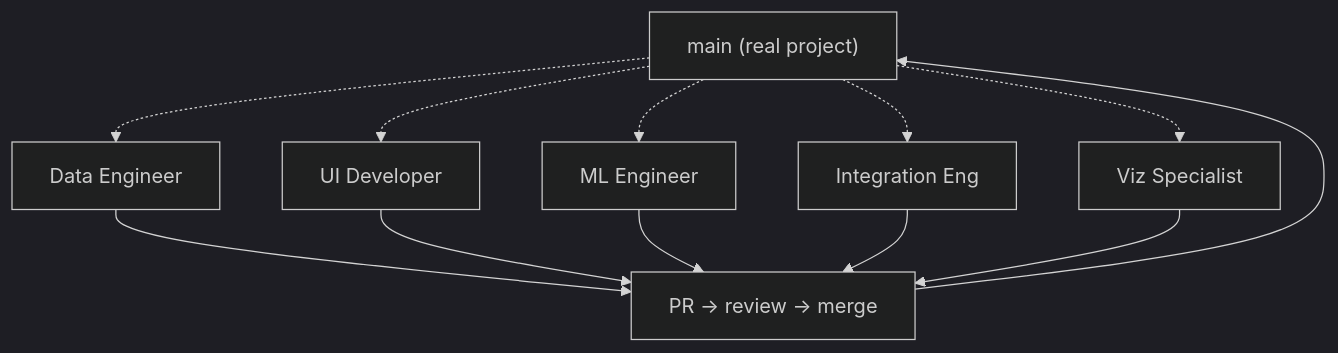
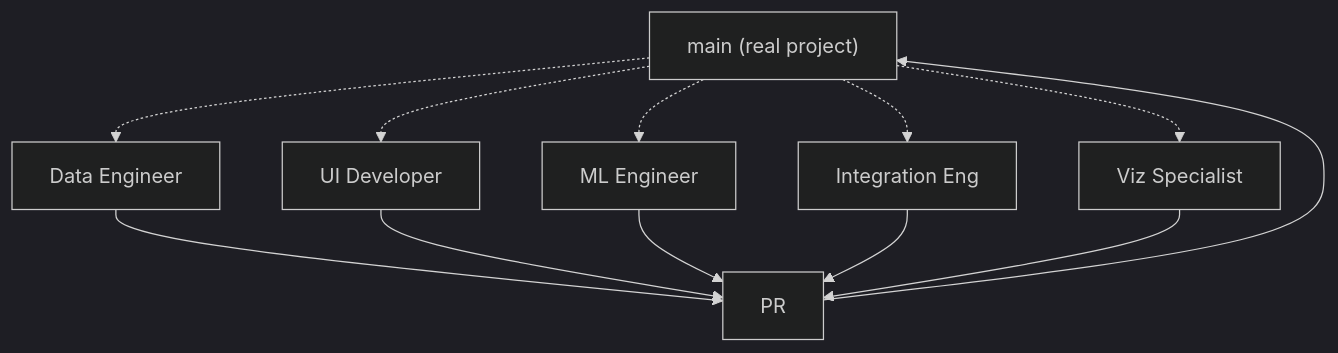
The diagram in README.md (Bunleang-Ea/Inflation-Risk-Forecasting), drawn with Mermaid (dark theme) before and after one commit. The commit also changed other lines of this file, not shown here.

````diff
--- a/README.md
+++ b/README.md
@@ -15,24 +15,24 @@
 ```mermaid
 graph TD
     Main["main (real project)"]
     DE["Data Engineer"]
     UI["UI Developer"]
     ML["ML Engineer"]
     IN["Integration Eng"]
     VS["Viz Specialist"]
-    PR["PR → review → merge"]
+    PR["PR"]
 
     Main -.-> DE
     Main -.-> UI
     Main -.-> ML
     Main -.-> IN
     Main -.-> VS
 
     DE --> PR
     UI --> PR
     ML --> PR
     IN --> PR
     VS --> PR
 
     PR --> Main
 ```
````
